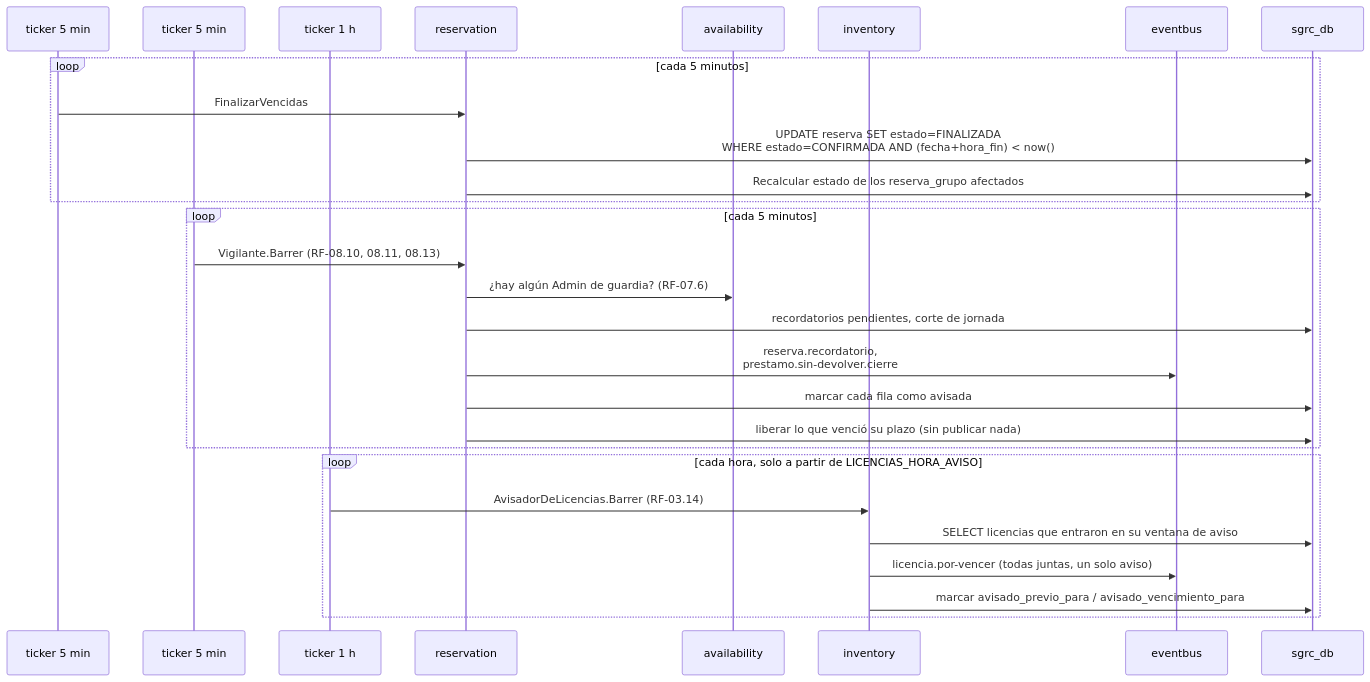
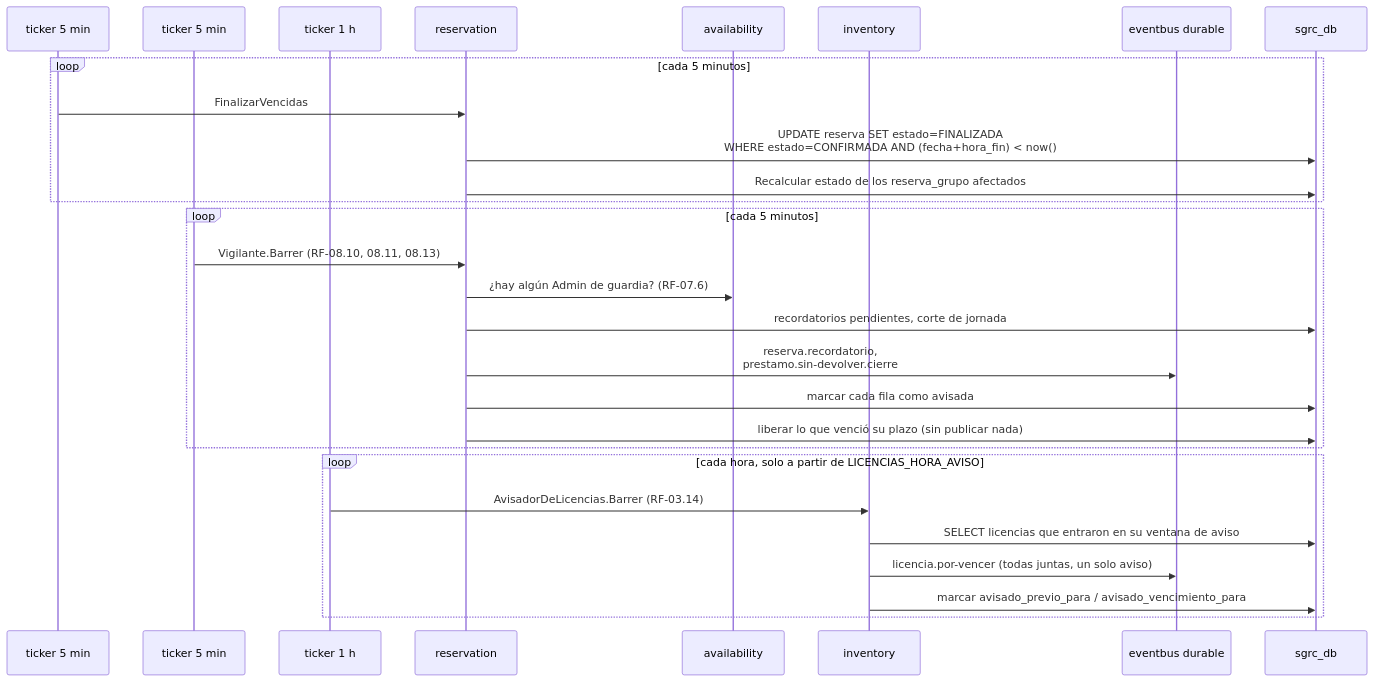
One commit to agustin-y2k/sgrc changed diagram 14 of 15 in docs/04-diagramas-secuencia.md. Above: the diagram before and after it, drawn with Mermaid. The commit also changed other lines of this file and 14 other files, not shown here.

````diff
--- a/docs/04-diagramas-secuencia.md
+++ b/docs/04-diagramas-secuencia.md
@@ -449,33 +444,33 @@
 ```mermaid
 sequenceDiagram
     participant T1 as ticker 5 min
     participant T2 as ticker 5 min
     participant T3 as ticker 1 h
     participant RES as reservation
     participant AV as availability
     participant INV as inventory
-    participant EB as eventbus
+    participant EB as eventbus durable
     participant DB as sgrc_db
 
     loop cada 5 minutos
         T1->>RES: FinalizarVencidas
         RES->>DB: UPDATE reserva SET estado=FINALIZADA<br/>WHERE estado=CONFIRMADA AND (fecha+hora_fin) < now()
         RES->>DB: Recalcular estado de los reserva_grupo afectados
     end
 
     loop cada 5 minutos
         T2->>RES: Vigilante.Barrer (RF-08.10, 08.11, 08.13)
         RES->>AV: ¿hay algún Admin de guardia? (RF-07.6)
         RES->>DB: recordatorios pendientes, corte de jornada
         RES->>EB: reserva.recordatorio,<br/>prestamo.sin-devolver.cierre
         RES->>DB: marcar cada fila como avisada
         RES->>DB: liberar lo que venció su plazo (sin publicar nada)
     end
 
     loop cada hora, solo a partir de LICENCIAS_HORA_AVISO
         T3->>INV: AvisadorDeLicencias.Barrer (RF-03.14)
         INV->>DB: SELECT licencias que entraron en su ventana de aviso
         INV->>EB: licencia.por-vencer (todas juntas, un solo aviso)
         INV->>DB: marcar avisado_previo_para / avisado_vencimiento_para
     end
 ```
````
